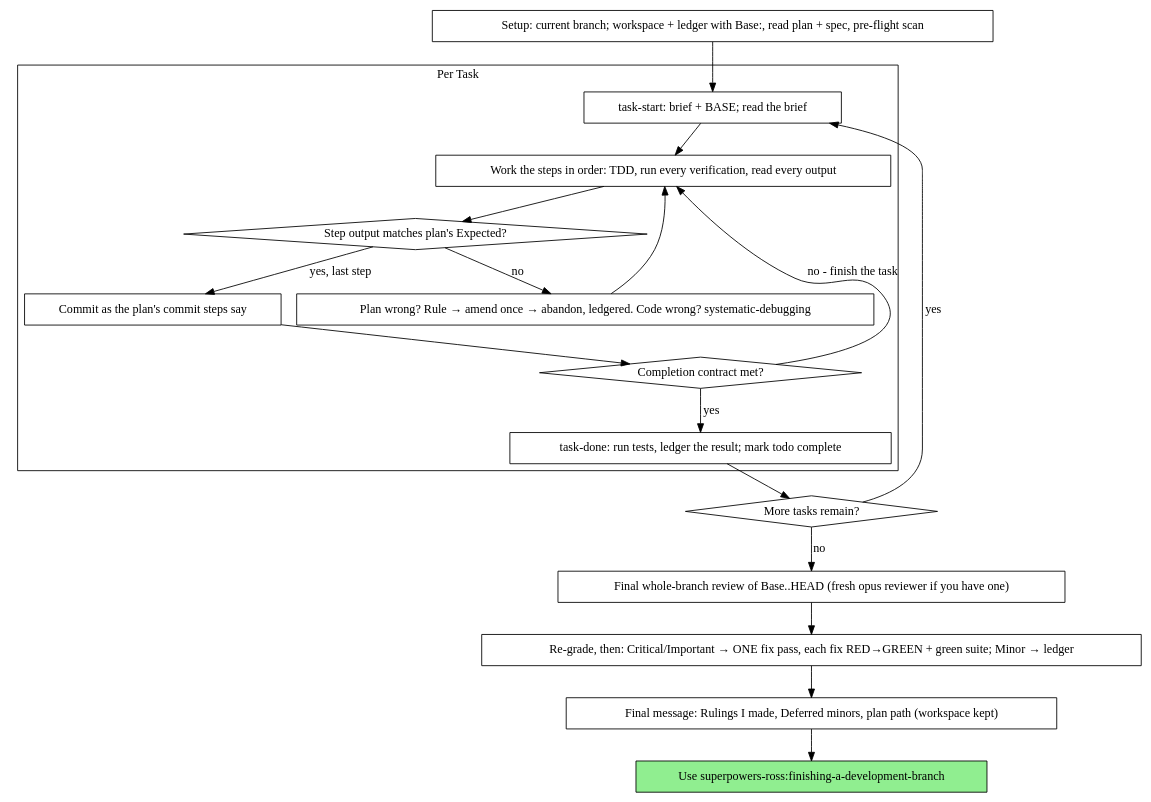
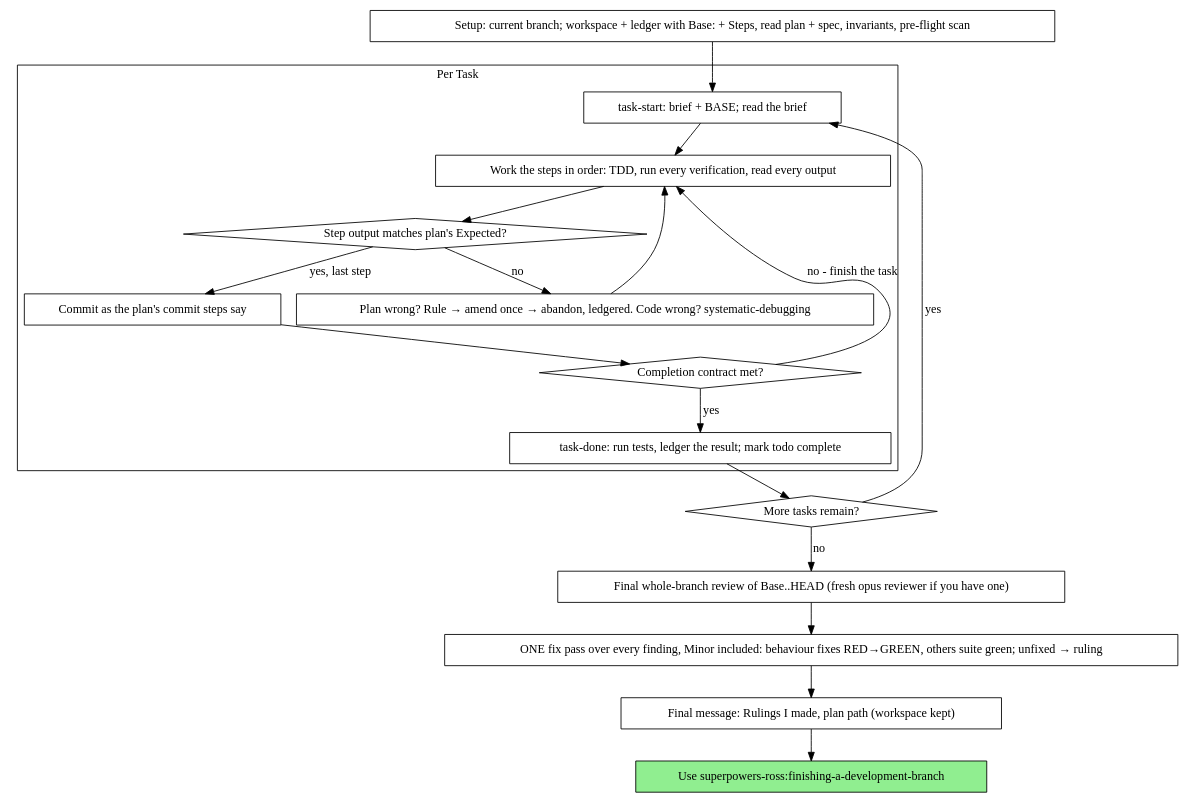
The diagram in skills/executing-plans/SKILL.md (rossturner/superpowers), drawn with Graphviz before and after one commit. The commit also changed other lines of this file and 15 other files, not shown here.

````diff
--- a/skills/executing-plans/SKILL.md
+++ b/skills/executing-plans/SKILL.md
@@ -86,39 +107,39 @@
 ```dot
 digraph process {
     rankdir=TB;
 
     subgraph cluster_per_task {
         label="Per Task";
         "task-start: brief + BASE; read the brief" [shape=box];
         "Work the steps in order: TDD, run every verification, read every output" [shape=box];
         "Step output matches plan's Expected?" [shape=diamond];
         "Plan wrong? Rule → amend once → abandon, ledgered. Code wrong? systematic-debugging" [shape=box];
         "Commit as the plan's commit steps say" [shape=box];
         "Completion contract met?" [shape=diamond];
         "task-done: run tests, ledger the result; mark todo complete" [shape=box];
     }
 
-    "Setup: current branch; workspace + ledger with Base:, read plan + spec, pre-flight scan" [shape=box];
+    "Setup: current branch; workspace + ledger with Base: + Steps, read plan + spec, invariants, pre-flight scan" [shape=box];
     "More tasks remain?" [shape=diamond];
     "Final whole-branch review of Base..HEAD (fresh opus reviewer if you have one)" [shape=box];
-    "Re-grade, then: Critical/Important → ONE fix pass, each fix RED→GREEN + green suite; Minor → ledger" [shape=box];
-    "Final message: Rulings I made, Deferred minors, plan path (workspace kept)" [shape=box];
+    "ONE fix pass over every finding, Minor included: behaviour fixes RED→GREEN, others suite green; unfixed → ruling" [shape=box];
+    "Final message: Rulings I made, plan path (workspace kept)" [shape=box];
     "Use superpowers-ross:finishing-a-development-branch" [shape=box style=filled fillcolor=lightgreen];
 
-    "Setup: current branch; workspace + ledger with Base:, read plan + spec, pre-flight scan" -> "task-start: brief + BASE; read the brief";
+    "Setup: current branch; workspace + ledger with Base: + Steps, read plan + spec, invariants, pre-flight scan" -> "task-start: brief + BASE; read the brief";
     "task-start: brief + BASE; read the brief" -> "Work the steps in order: TDD, run every verification, read every output";
     "Work the steps in order: TDD, run every verification, read every output" -> "Step output matches plan's Expected?";
     "Step output matches plan's Expected?" -> "Plan wrong? Rule → amend once → abandon, ledgered. Code wrong? systematic-debugging" [label="no"];
     "Plan wrong? Rule → amend once → abandon, ledgered. Code wrong? systematic-debugging" -> "Work the steps in order: TDD, run every verification, read every output";
     "Step output matches plan's Expected?" -> "Commit as the plan's commit steps say" [label="yes, last step"];
     "Commit as the plan's commit steps say" -> "Completion contract met?";
     "Completion contract met?" -> "Work the steps in order: TDD, run every verification, read every output" [label="no - finish the task"];
     "Completion contract met?" -> "task-done: run tests, ledger the result; mark todo complete" [label="yes"];
     "task-done: run tests, ledger the result; mark todo complete" -> "More tasks remain?";
     "More tasks remain?" -> "task-start: brief + BASE; read the brief" [label="yes"];
     "More tasks remain?" -> "Final whole-branch review of Base..HEAD (fresh opus reviewer if you have one)" [label="no"];
-    "Final whole-branch review of Base..HEAD (fresh opus reviewer if you have one)" -> "Re-grade, then: Critical/Important → ONE fix pass, each fix RED→GREEN + green suite; Minor → ledger";
-    "Re-grade, then: Critical/Important → ONE fix pass, each fix RED→GREEN + green suite; Minor → ledger" -> "Final message: Rulings I made, Deferred minors, plan path (workspace kept)";
-    "Final message: Rulings I made, Deferred minors, plan path (workspace kept)" -> "Use superpowers-ross:finishing-a-development-branch";
+    "Final whole-branch review of Base..HEAD (fresh opus reviewer if you have one)" -> "ONE fix pass over every finding, Minor included: behaviour fixes RED→GREEN, others suite green; unfixed → ruling";
+    "ONE fix pass over every finding, Minor included: behaviour fixes RED→GREEN, others suite green; unfixed → ruling" -> "Final message: Rulings I made, plan path (workspace kept)";
+    "Final message: Rulings I made, plan path (workspace kept)" -> "Use superpowers-ross:finishing-a-development-branch";
 }
 ```
````
